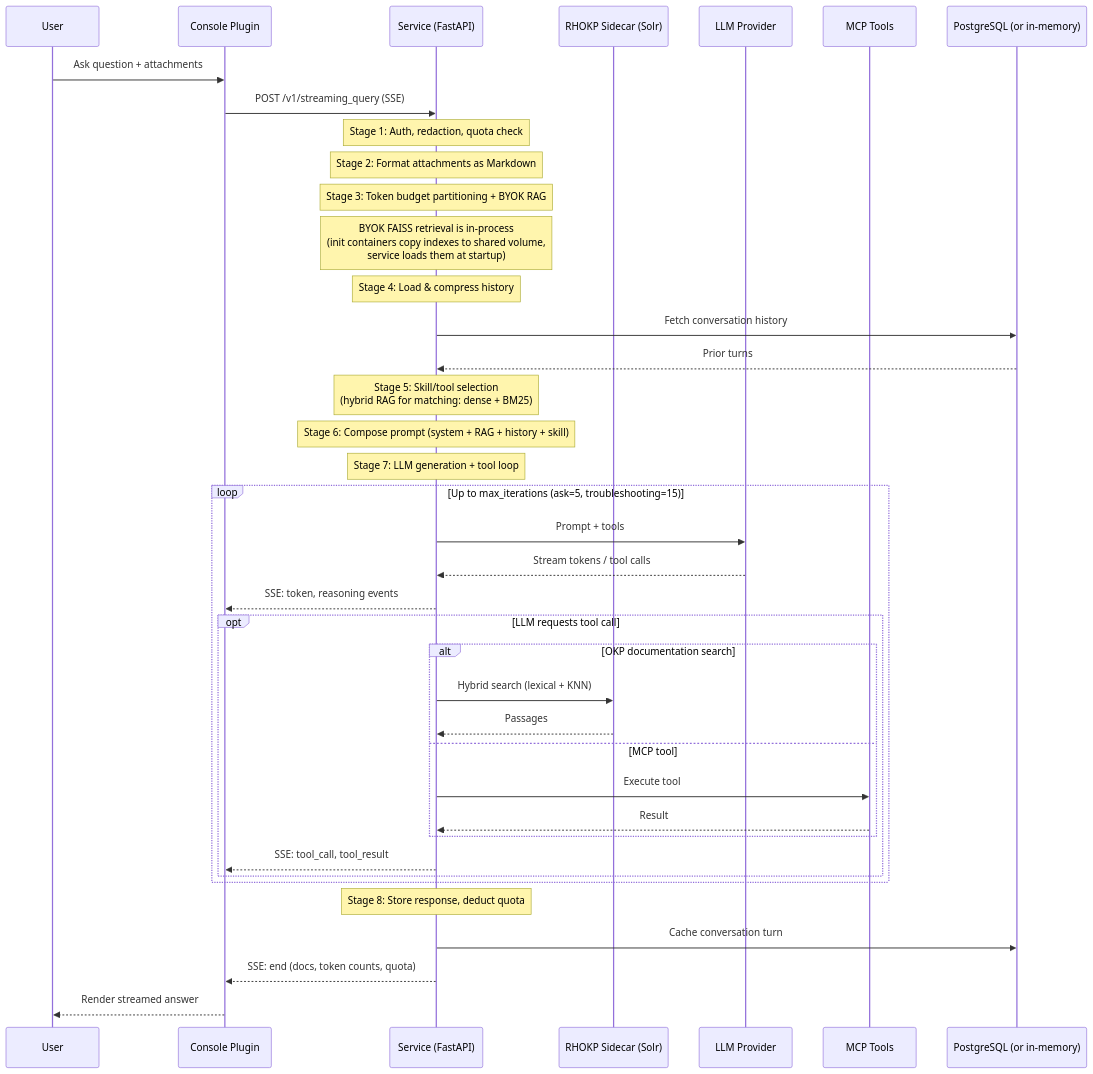
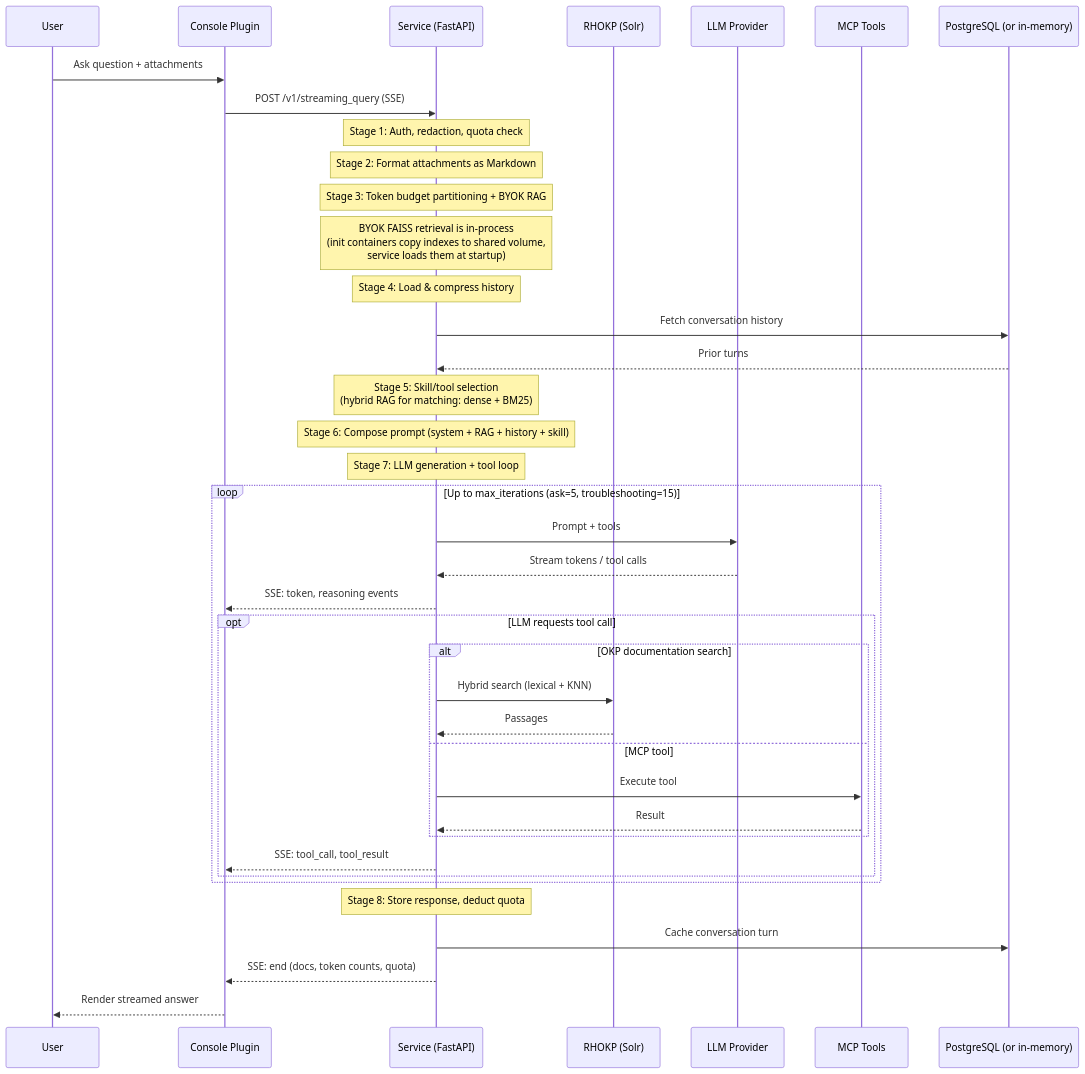
Before and after one commit to onmete/ols: the second of 8 diagrams in ARCHITECTURE.md, drawn with Mermaid. The commit also changed other lines of this file, not shown here.

Commit message:
OLS-0000 Improve ARCHITECTURE.md intro and fix stale RHOKP sidecar references

````diff
--- a/ARCHITECTURE.md
+++ b/ARCHITECTURE.md
@@ -87,48 +110,48 @@
 ```mermaid
 sequenceDiagram
     participant U as User
     participant C as Console Plugin
     participant S as Service (FastAPI)
-    participant OKP as RHOKP Sidecar (Solr)
+    participant OKP as RHOKP (Solr)
     participant LLM as LLM Provider
     participant MCP as MCP Tools
     participant PG as PostgreSQL (or in-memory)
 
     U->>C: Ask question + attachments
     C->>S: POST /v1/streaming_query (SSE)
 
     Note over S: Stage 1: Auth, redaction, quota check
     Note over S: Stage 2: Format attachments as Markdown
     Note over S: Stage 3: Token budget partitioning + BYOK RAG
     Note over S: BYOK FAISS retrieval is in-process<br/>(init containers copy indexes to shared volume,<br/>service loads them at startup)
 
     Note over S: Stage 4: Load & compress history
     S->>PG: Fetch conversation history
     PG-->>S: Prior turns
 
     Note over S: Stage 5: Skill/tool selection<br/>(hybrid RAG for matching: dense + BM25)
     Note over S: Stage 6: Compose prompt (system + RAG + history + skill)
 
     Note over S: Stage 7: LLM generation + tool loop
     loop Up to max_iterations (ask=5, troubleshooting=15)
         S->>LLM: Prompt + tools
         LLM-->>S: Stream tokens / tool calls
         S-->>C: SSE: token, reasoning events
 
         opt LLM requests tool call
             alt OKP documentation search
                 S->>OKP: Hybrid search (lexical + KNN)
                 OKP-->>S: Passages
             else MCP tool
                 S->>MCP: Execute tool
                 MCP-->>S: Result
             end
             S-->>C: SSE: tool_call, tool_result
         end
     end
 
     Note over S: Stage 8: Store response, deduct quota
     S->>PG: Cache conversation turn
     S-->>C: SSE: end (docs, token counts, quota)
     C-->>U: Render streamed answer
 ```
````
